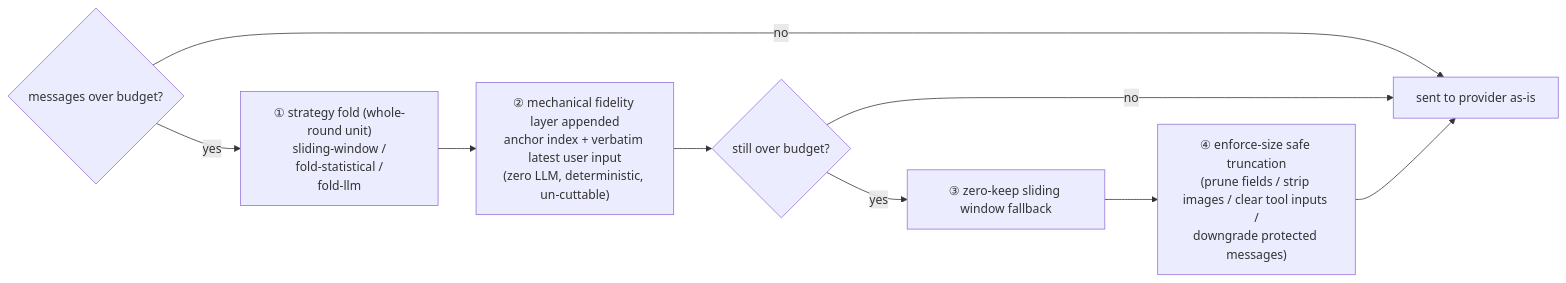
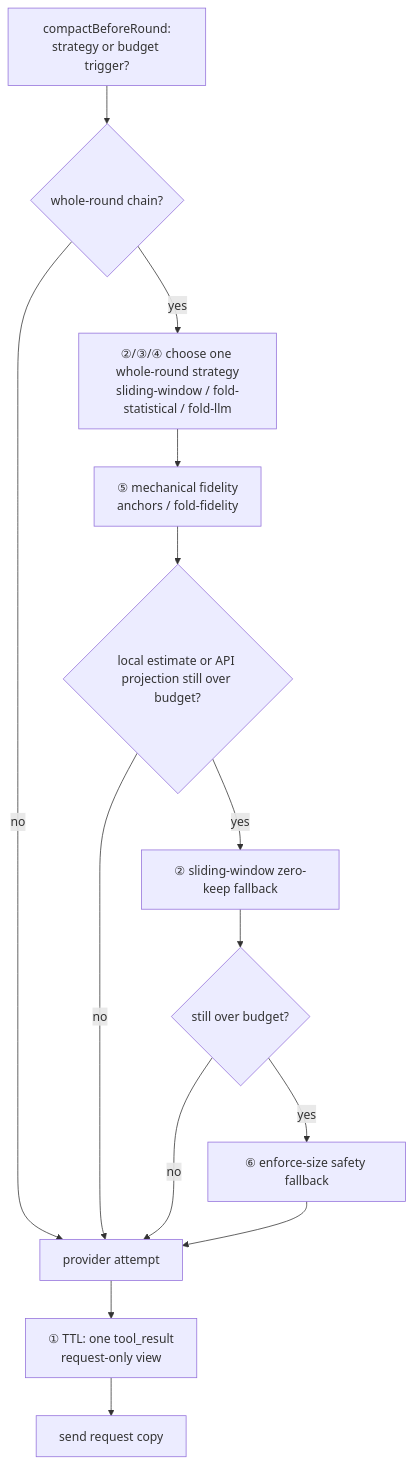
Before and after one commit to ErixWong/erix-agent: the fourth of 5 diagrams in docs/charts.md, drawn with Mermaid. The commit also changed other lines of this file and 15 other files, not shown here.

````diff
--- a/docs/charts.md
+++ b/docs/charts.md
@@ -244,11 +248,16 @@
 ```mermaid
-flowchart LR
-    A{"messages over budget?"} -- no --> Z["sent to provider as-is"]
-    A -- yes --> B["① strategy fold (whole-round unit)<br/>sliding-window /<br/>fold-statistical /<br/>fold-llm"]
-    B --> C["② mechanical fidelity layer appended<br/>anchor index + verbatim latest user input<br/>(zero LLM, deterministic, un-cuttable)"]
-    C --> D{"still over budget?"}
-    D -- no --> Z
-    D -- yes --> E["③ zero-keep sliding window fallback"]
-    E --> F["④ enforce-size safe truncation<br/>(prune fields / strip images / clear tool inputs /<br/>downgrade protected messages)"]
-    F --> Z
+flowchart TD
+    A["compactBeforeRound:<br/>strategy or budget trigger?"] --> B{"whole-round chain?"}
+    B -- no --> E["provider attempt"]
+    B -- yes --> C["②/③/④ choose one whole-round strategy<br/>sliding-window / fold-statistical / fold-llm"]
+    C --> D["⑤ mechanical fidelity<br/>anchors / fold-fidelity"]
+    D --> F{"local estimate or API projection still over budget?"}
+    F -- no --> E
+    F -- yes --> G["② sliding-window zero-keep fallback"]
+    G --> H{"still over budget?"}
+    H -- no --> E
+    H -- yes --> I["⑥ enforce-size safety fallback"]
+    I --> E
+    E --> J["① TTL: one tool_result<br/>request-only view"]
+    J --> Z["send request copy"]
 ```
````
